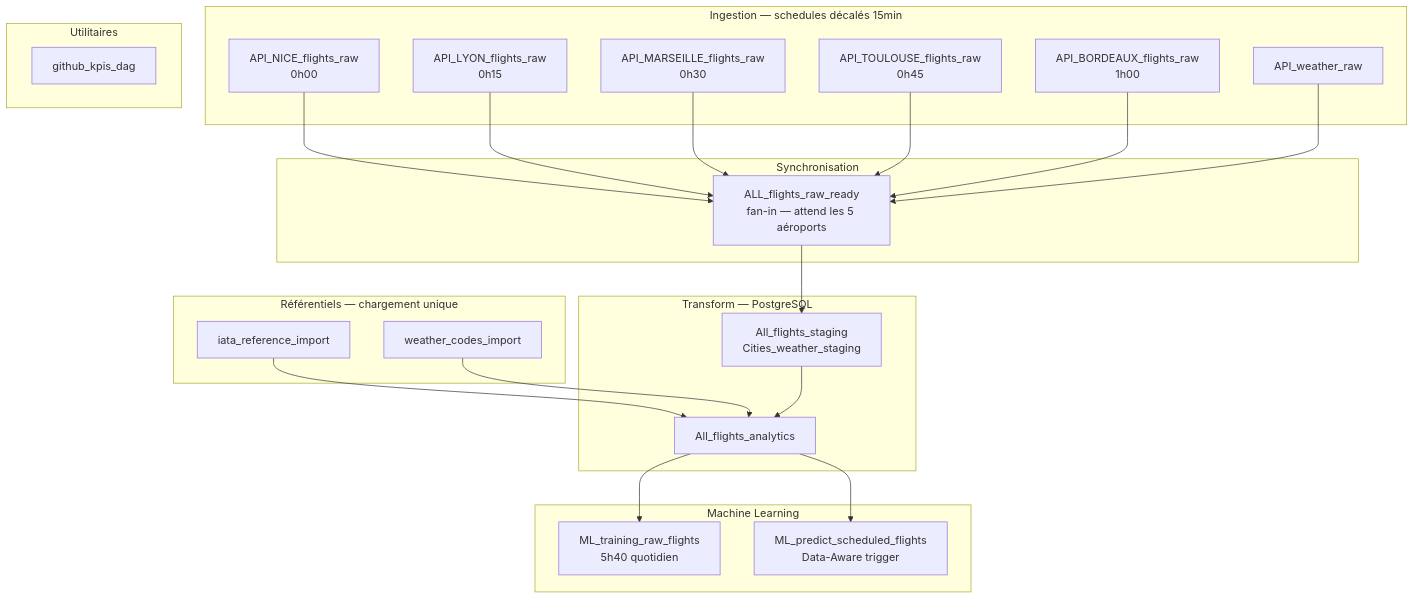
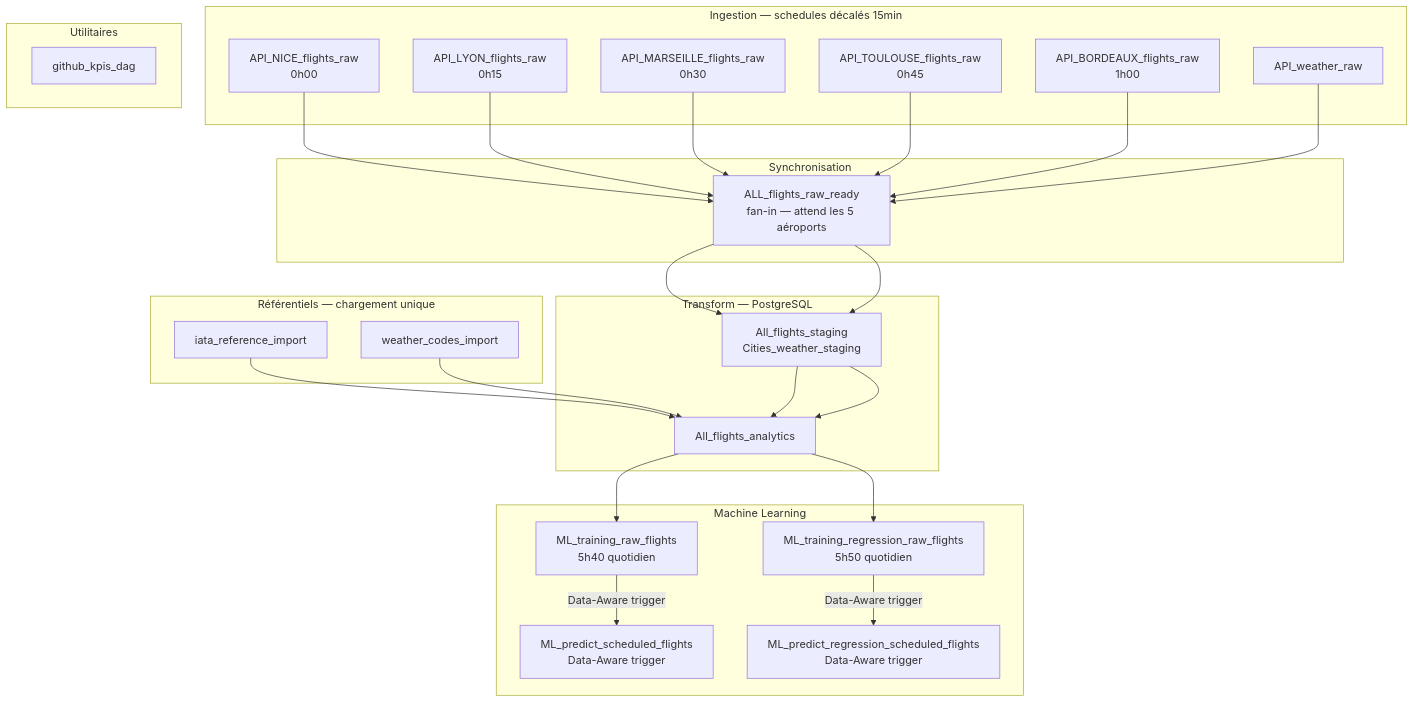
Before and after one commit to Phiphouphe/airflow-docker: the third of 3 diagrams in docs/architecture.md, drawn with Mermaid. The commit also changed other lines of this file and 8 other files, not shown here.

````diff
--- a/docs/architecture.md
+++ b/docs/architecture.md
@@ -138,39 +149,43 @@
 ```mermaid
 flowchart TD
     subgraph INGESTION["Ingestion — schedules décalés 15min"]
         NCE[API_NICE_flights_raw\n0h00]
         LYS[API_LYON_flights_raw\n0h15]
         MRS[API_MARSEILLE_flights_raw\n0h30]
         TLS[API_TOULOUSE_flights_raw\n0h45]
         BOD[API_BORDEAUX_flights_raw\n1h00]
         WEA[API_weather_raw]
     end
 
     subgraph REF_DAGS["Référentiels — chargement unique"]
         IATA[iata_reference_import]
         WCOD[weather_codes_import]
     end
 
     subgraph SYNC["Synchronisation"]
         FANIN[ALL_flights_raw_ready\nfan-in — attend les 5 aéroports]
     end
 
     subgraph TRANSFORM["Transform — PostgreSQL"]
         STG[All_flights_staging\nCities_weather_staging]
         ANA[All_flights_analytics]
     end
 
     subgraph ML_DAGS["Machine Learning"]
         TRAIN[ML_training_raw_flights\n5h40 quotidien]
         PRED[ML_predict_scheduled_flights\nData-Aware trigger]
+        TRAIN_REG[ML_training_regression_raw_flights\n5h50 quotidien]
+        PRED_REG[ML_predict_regression_scheduled_flights\nData-Aware trigger]
     end
 
     subgraph UTILS["Utilitaires"]
         KPI[github_kpis_dag]
     end
 
     NCE & LYS & MRS & TLS & BOD & WEA --> FANIN
     IATA & WCOD --> ANA
     FANIN --> STG --> ANA --> TRAIN
-    ANA --> PRED
+    FANIN --> STG --> ANA --> TRAIN_REG
+    TRAIN -->|Data-Aware trigger| PRED
+    TRAIN_REG -->|Data-Aware trigger| PRED_REG
 ```
````
